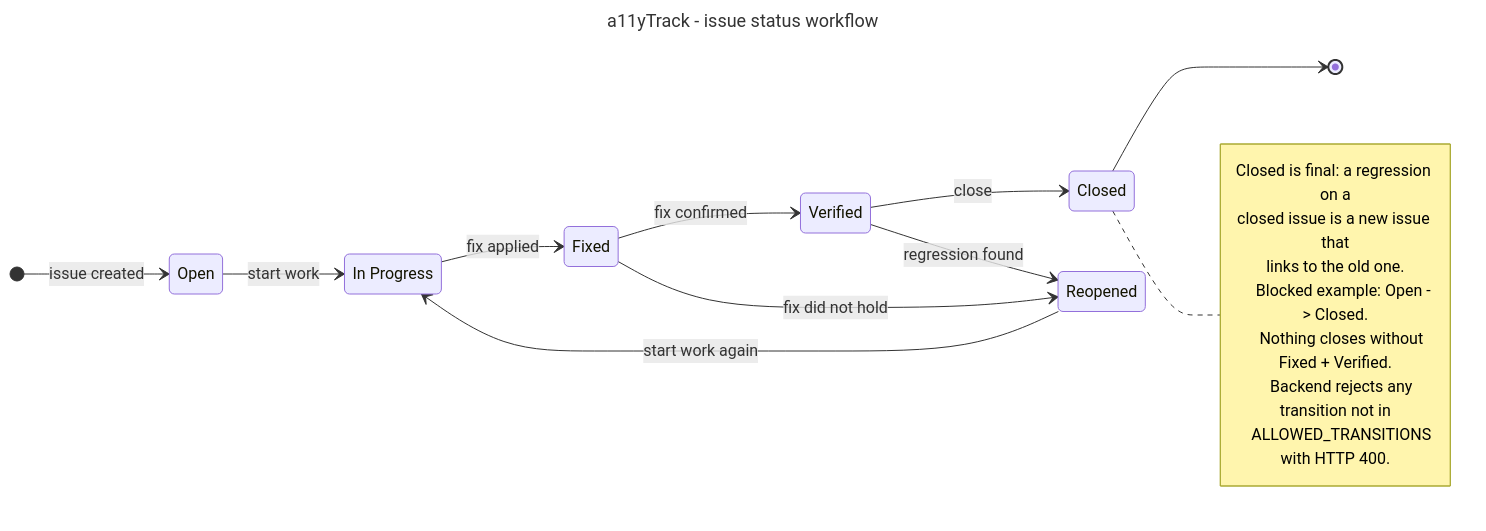
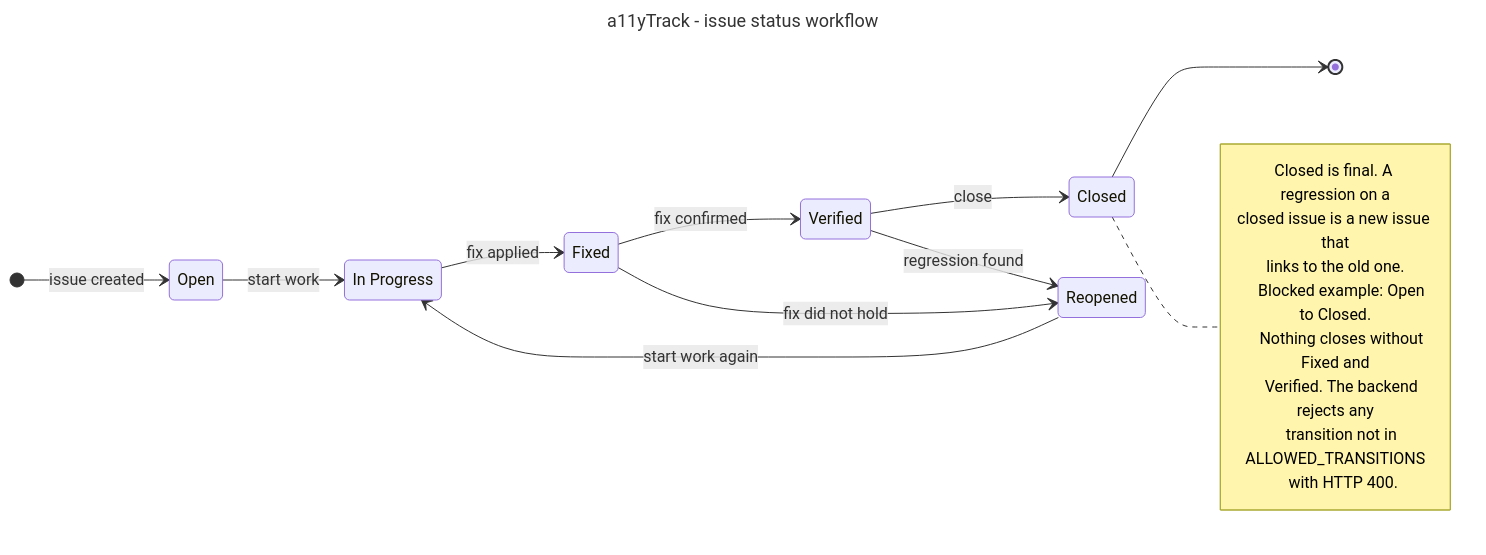
The diagram in docs/workflow.mmd (Yashvardhan-Chaudhry/a11yTrack), drawn with Mermaid before and after one commit. The commit also changed 4 other files, not shown here.

Commit message:
Stress-test fixes: 503 wording, alt_text column, filter-index note, trim; font config so Live exports stop clipping

```diff
--- a/docs/workflow.mmd
+++ b/docs/workflow.mmd
@@ -1,27 +1,31 @@
 ---
 title: a11yTrack - issue status workflow
+config:
+  themeVariables:
+    fontFamily: Arial, Helvetica, sans-serif
 ---
 stateDiagram-v2
   direction LR
   [*] --> Open : issue created
   Open --> InProgress : start work
   InProgress --> Fixed : fix applied
   Fixed --> Verified : fix confirmed
   Verified --> Closed : close
   Fixed --> Reopened : fix did not hold
   Verified --> Reopened : regression found
   Reopened --> InProgress : start work again
   Closed --> [*]
 
   state "In Progress" as InProgress
 
   note right of Closed
-    Closed is final: a regression on a
+    Closed is final. A regression on a
     closed issue is a new issue that
     links to the old one.
 
-    Blocked example: Open -> Closed.
-    Nothing closes without Fixed + Verified.
-    Backend rejects any transition not in
-    ALLOWED_TRANSITIONS with HTTP 400.
+    Blocked example: Open to Closed.
+    Nothing closes without Fixed and
+    Verified. The backend rejects any
+    transition not in ALLOWED_TRANSITIONS
+    with HTTP 400.
   end note
```
